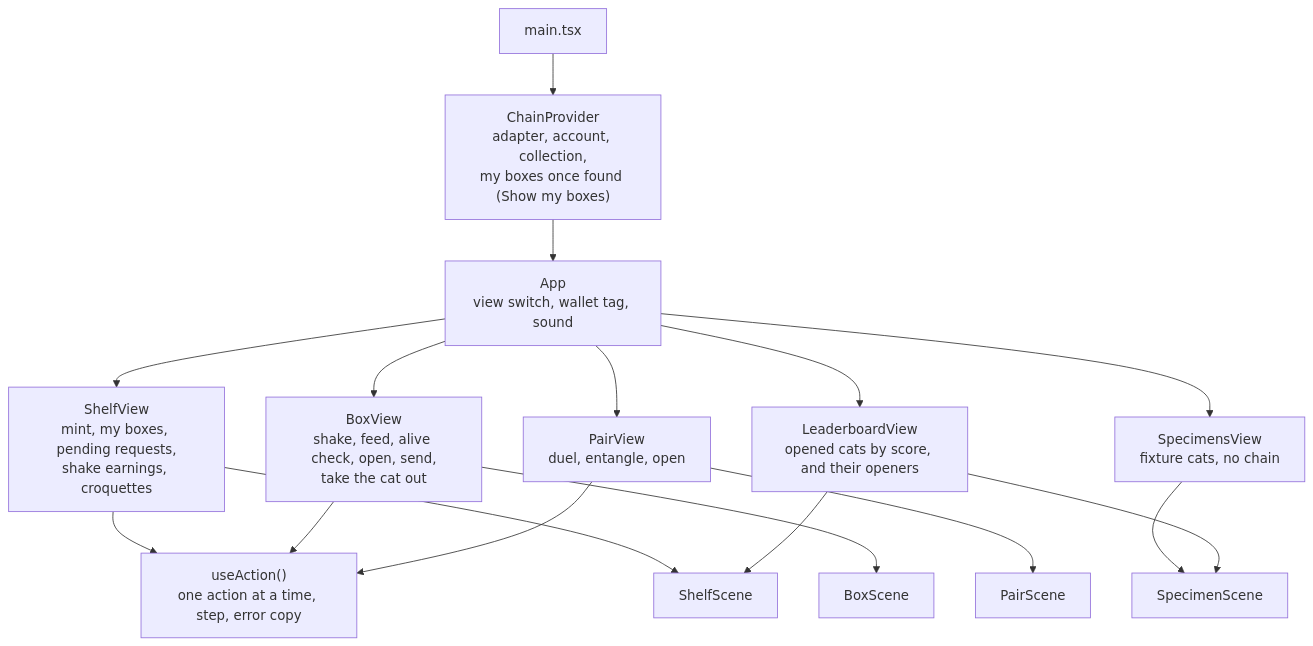
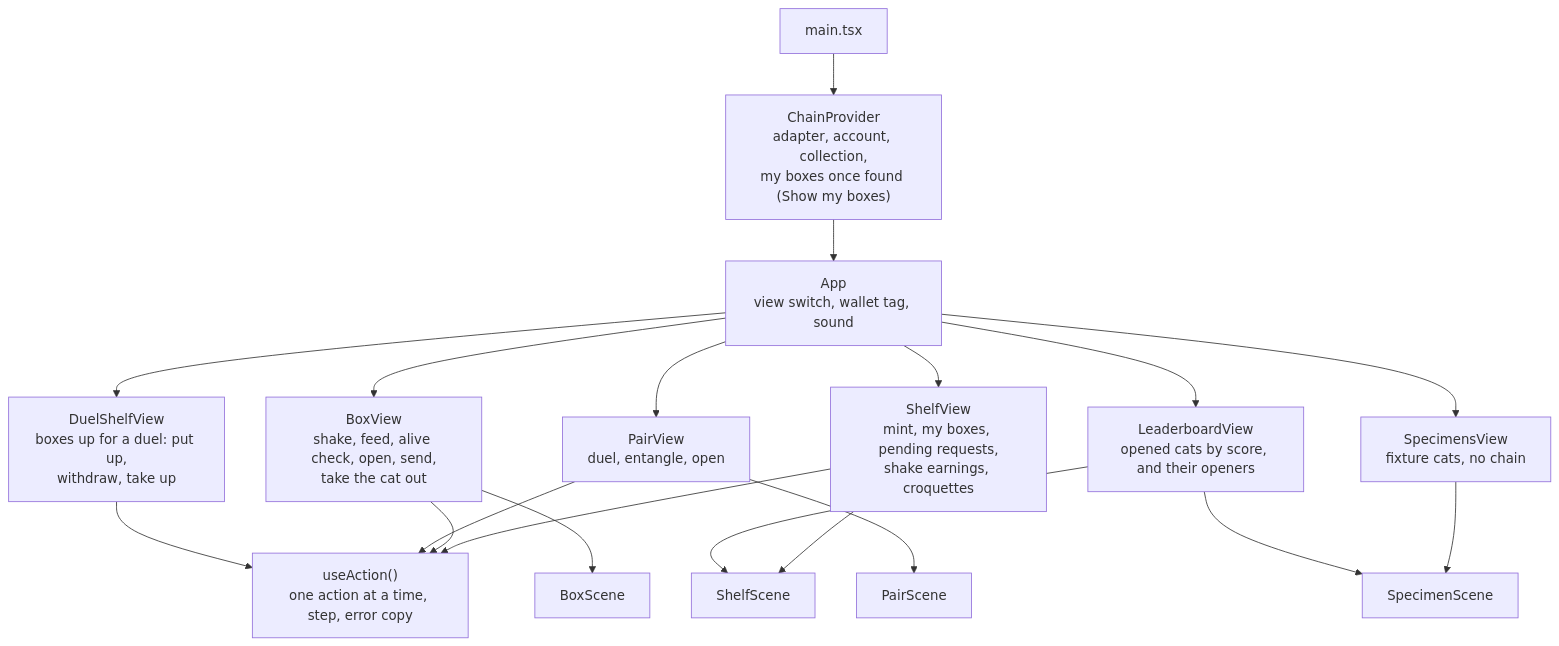
The sixth of 6 diagrams in docs/ARCHITECTURE.md (jecombe/do_not_open), drawn with Mermaid before and after one commit. The commit also changed other lines of this file and 35 other files, not shown here.

First line of the commit message:
Deploy the duel shelf on Sepolia, and bring the docs along

````diff
--- a/docs/ARCHITECTURE.md
+++ b/docs/ARCHITECTURE.md
@@ -161,17 +161,18 @@
 ```mermaid
 flowchart TB
   main["main.tsx"] --> provider["ChainProvider<br/>adapter, account, collection,<br/>my boxes once found (Show my boxes)"]
   provider --> app["App<br/>view switch, wallet tag, sound"]
   app --> shelf["ShelfView<br/>mint, my boxes, pending requests,<br/>shake earnings, croquettes"]
   app --> box["BoxView<br/>shake, feed, alive check, open, send,<br/>take the cat out"]
   app --> pair["PairView<br/>duel, entangle, open"]
+  app --> duels["DuelShelfView<br/>boxes up for a duel: put up,<br/>withdraw, take up"]
   app --> board["LeaderboardView<br/>opened cats by score, and their openers"]
   app --> spec["SpecimensView<br/>fixture cats, no chain"]
-  shelf & box & pair --> action["useAction()<br/>one action at a time, step, error copy"]
+  shelf & box & pair & duels --> action["useAction()<br/>one action at a time, step, error copy"]
   shelf --> s1["ShelfScene"]
   box --> s2["BoxScene"]
   pair --> s3["PairScene"]
   spec --> s4["SpecimenScene"]
   board --> s4
   board --> s1
 ```
````
